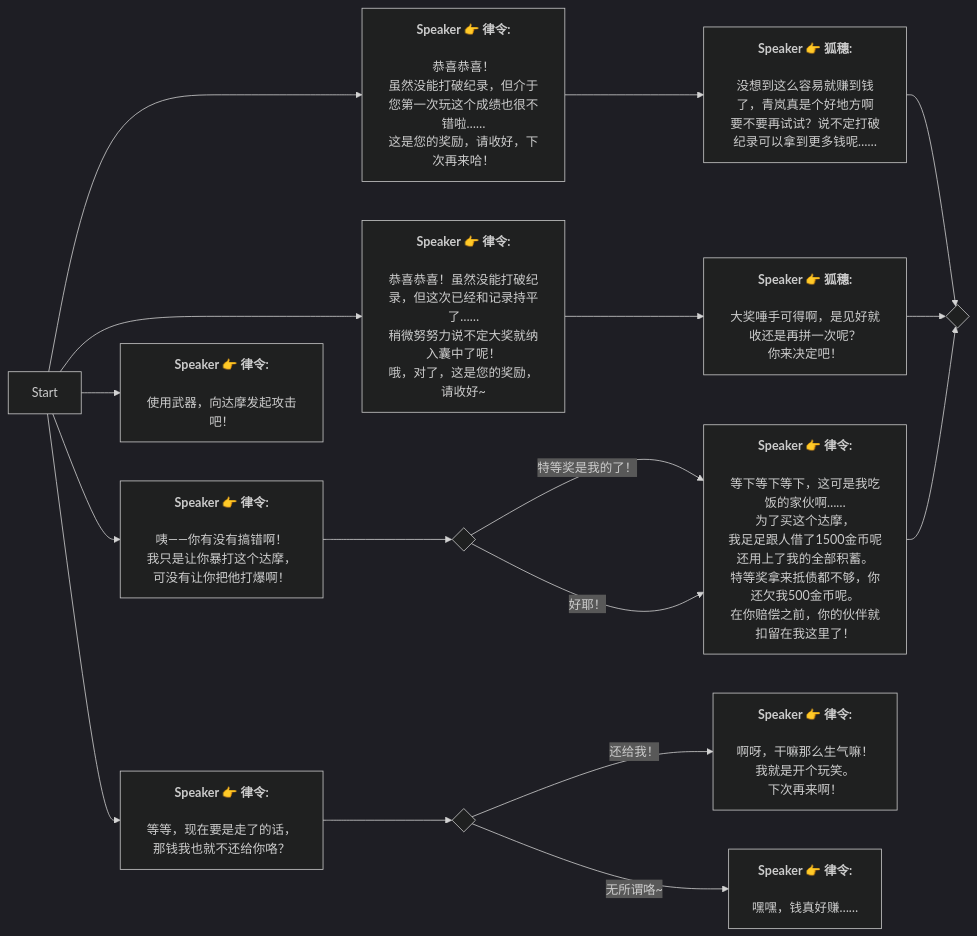
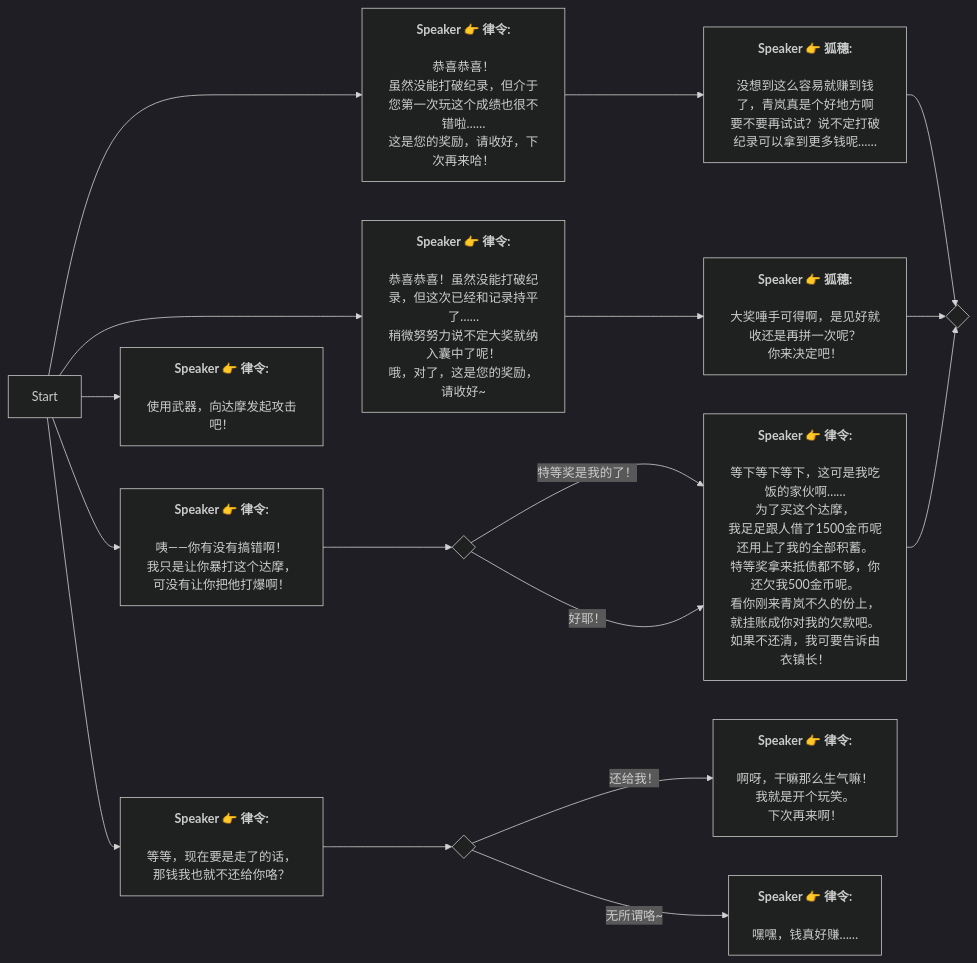
One commit to SoftHu/tos_avg changed the diagram in Zh/DharmaGame.md. Above: the diagram before and after it, drawn with Mermaid (dark theme). The commit also changed 312 other files, not shown here.

````diff
--- a/Zh/DharmaGame.md
+++ b/Zh/DharmaGame.md
@@ -1,61 +1,63 @@
 ```mermaid
 graph LR
 Start -->1739174059788484[<b>Speaker 👉 律令:</b>
 
 恭喜恭喜！
 虽然没能打破纪录，但介于您第一次玩这个成绩也很不错啦……
 这是您的奖励，请收好，下次再来哈！]
 1739174059788484 -->1739174145315017[<b>Speaker 👉 狐穗:</b>
 
 没想到这么容易就赚到钱了，青岚真是个好地方啊
 要不要再试试？说不定打破纪录可以拿到更多钱呢……]
 1739174145315017 -->1739419408500975{ }
 Start -->1739174106781895[<b>Speaker 👉 律令:</b>
 
 恭喜恭喜！虽然没能打破纪录，但这次已经和记录持平了……
 稍微努努力说不定大奖就纳入囊中了呢！
 哦，对了，这是您的奖励，请收好~]
 1739174106781895 -->1739174318036170[<b>Speaker 👉 狐穗:</b>
 
 大奖唾手可得啊，是见好就收还是再拼一次呢？
 你来决定吧！]
 1739174318036170 -->1739419408500975{ }
 Start -->1739174397209804[<b>Speaker 👉 律令:</b>
 
 咦——你有没有搞错啊！
 我只是让你暴打这个达摩，可没有让你把他打爆啊！]
 1739174397209804 -->1739174442891471{ }
 1739174442891471 -->|特等奖是我的了！|1739174468325588[<b>Speaker 👉 律令:</b>
 
 等下等下等下，这可是我吃饭的家伙啊……
 为了买这个达摩，
 我足足跟人借了1500金币呢
 还用上了我的全部积蓄。
 特等奖拿来抵债都不够，你还欠我500金币呢。
-在你赔偿之前，你的伙伴就扣留在我这里了！]
+看你刚来青岚不久的份上，就挂账成你对我的欠款吧。
+如果不还清，我可要告诉由衣镇长！]
 1739174442891471 -->|好耶！|1739174468325588[<b>Speaker 👉 律令:</b>
 
 等下等下等下，这可是我吃饭的家伙啊……
 为了买这个达摩，
 我足足跟人借了1500金币呢
 还用上了我的全部积蓄。
 特等奖拿来抵债都不够，你还欠我500金币呢。
-在你赔偿之前，你的伙伴就扣留在我这里了！]
+看你刚来青岚不久的份上，就挂账成你对我的欠款吧。
+如果不还清，我可要告诉由衣镇长！]
 1739174468325588 -->1739419408500975{ }
 Start -->1739174569058519[<b>Speaker 👉 律令:</b>
 
 等等，现在要是走了的话，那钱我也就不还给你咯？]
 1739174569058519 -->1739174629775576{ }
 1739174629775576 -->|还给我！|1739174695220446[<b>Speaker 👉 律令:</b>
 
 啊呀，干嘛那么生气嘛！
 我就是开个玩笑。
 下次再来啊！]
 1739174629775576 -->|无所谓咯~|1739174718294239[<b>Speaker 👉 律令:</b>
 
 嘿嘿，钱真好赚……]
 Start -->1739511529487604[<b>Speaker 👉 律令:</b>
 
 使用武器，向达摩发起攻击吧！]
 
  ```
````
